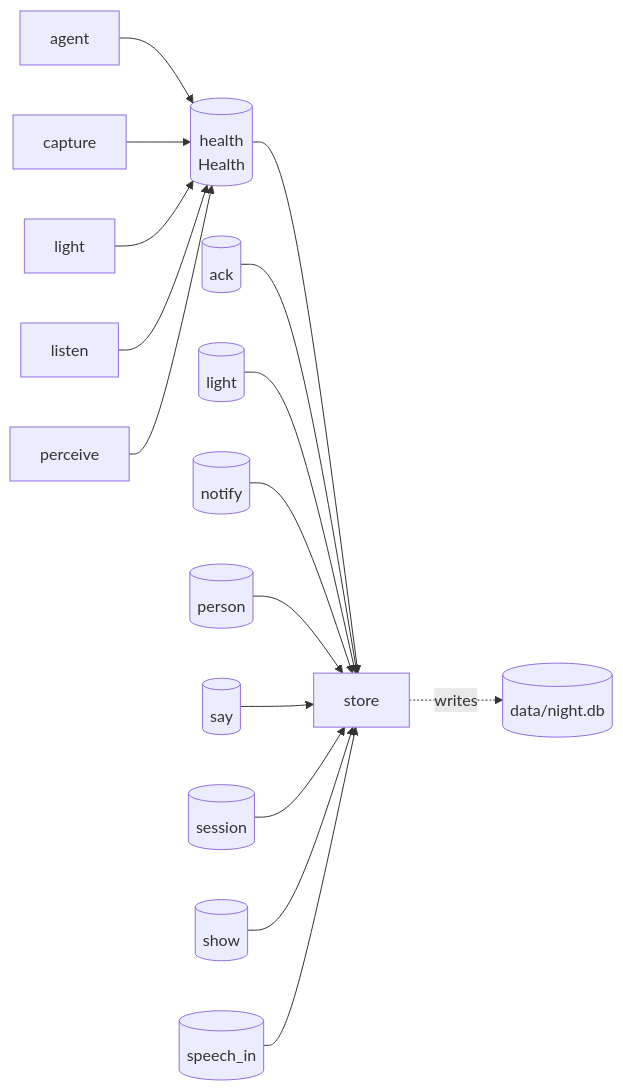
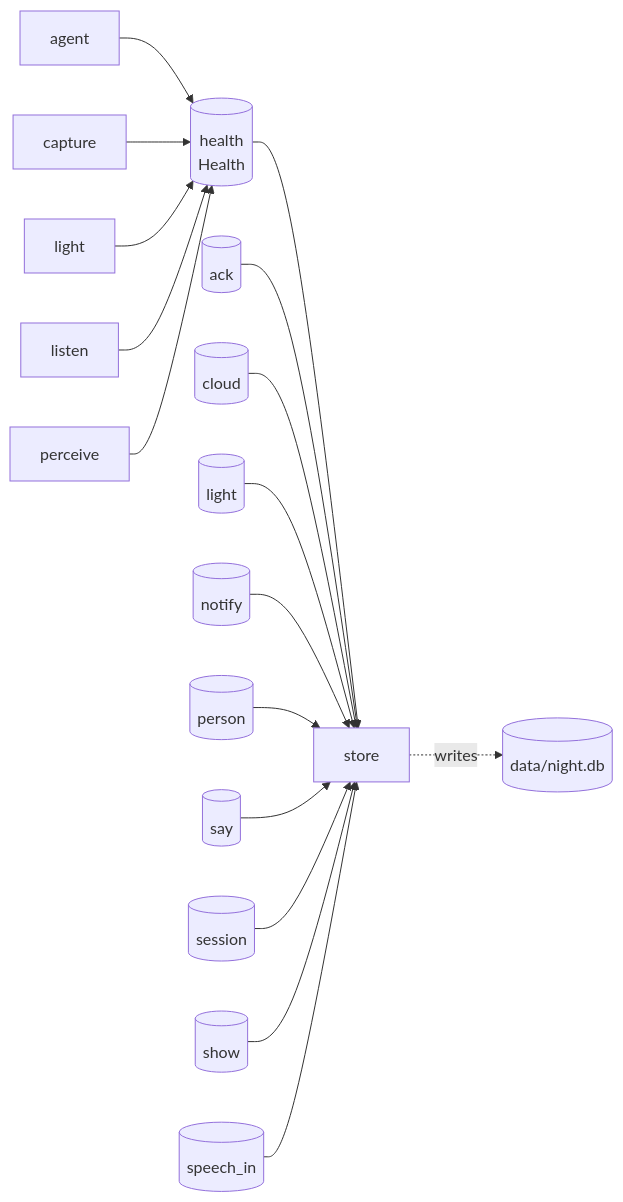
One commit to Afrovis/ai-agent-dementia changed the second of 2 diagrams in ARCHITECTURE.md. Above: the diagram before and after it, drawn with Mermaid. The commit also changed other lines of this file and 20 other files, not shown here.

````diff
--- a/ARCHITECTURE.md
+++ b/ARCHITECTURE.md
@@ -112,21 +119,22 @@
 ```mermaid
 flowchart LR
   q_health[("health<br/>Health")]
   s_store["store"]
   sqlite[("data/night.db")]
   s_agent["agent"] --> q_health
   s_capture["capture"] --> q_health
   s_light["light"] --> q_health
   s_listen["listen"] --> q_health
   s_perceive["perceive"] --> q_health
   q_health --> s_store
   q_p_ack[("ack")] --> s_store
+  q_p_cloud[("cloud")] --> s_store
   q_p_light[("light")] --> s_store
   q_p_notify[("notify")] --> s_store
   q_p_person[("person")] --> s_store
   q_p_say[("say")] --> s_store
   q_p_session[("session")] --> s_store
   q_p_show[("show")] --> s_store
   q_p_speech_in[("speech_in")] --> s_store
   s_store -.->|"writes"| sqlite
 ```
````
